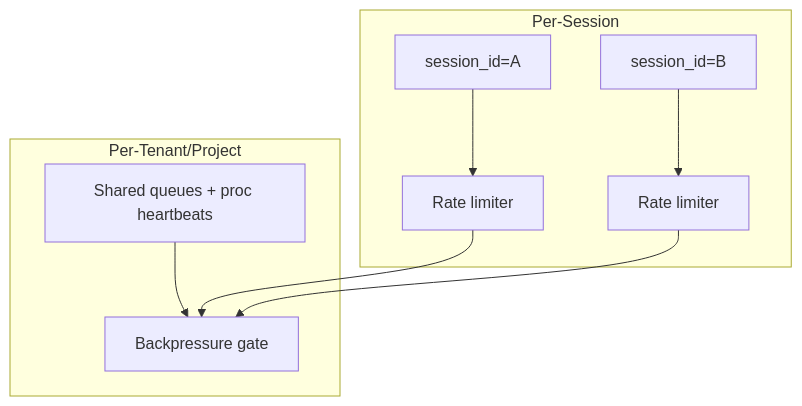
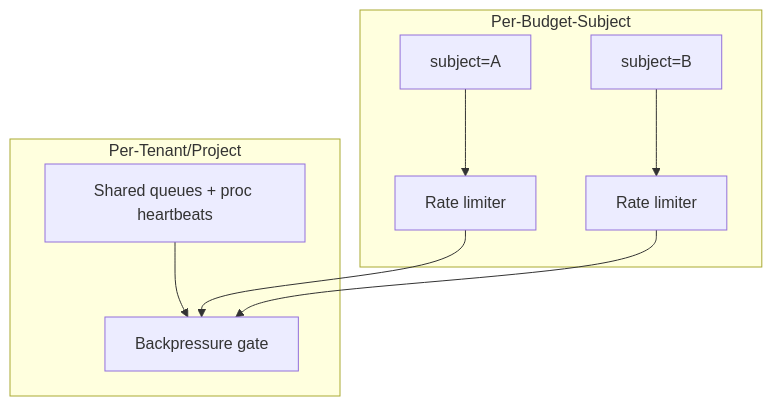
The second of 4 diagrams in app/ai-app/docs/service/gateway-README.md (kdcube/kdcube), drawn with Mermaid before and after one commit. The commit also changed other lines of this file and 12 other files, not shown here.

````diff
--- a/app/ai-app/docs/service/gateway-README.md
+++ b/app/ai-app/docs/service/gateway-README.md
@@ -44,12 +52,12 @@
 ```mermaid
 graph TD
-  subgraph Per-Session
-    S1[session_id=A] --> RL1[Rate limiter]
-    S2[session_id=B] --> RL2[Rate limiter]
+  subgraph Per-Budget-Subject
+    S1[subject=A] --> RL1[Rate limiter]
+    S2[subject=B] --> RL2[Rate limiter]
   end
   subgraph Per-Tenant/Project
     Q[Shared queues + proc heartbeats] --> BP[Backpressure gate]
   end
   RL1 --> BP
   RL2 --> BP
 ```
````
